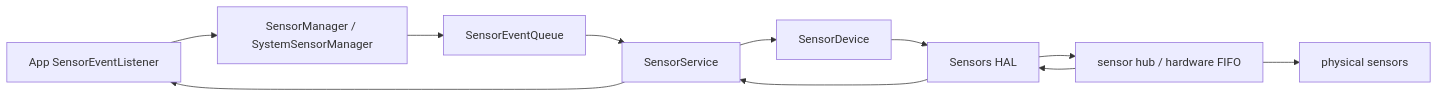
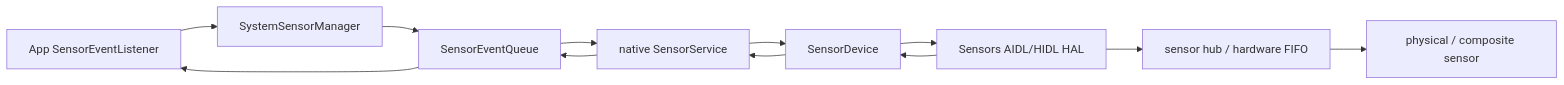
Before and after one commit to Gracker/android-internals-wiki: the diagram in src/part1-fundamentals/ch05-cpu-power/15-sensorservice-batching-power.md, drawn with Mermaid. The commit also changed other lines of this file, not shown here.

Commit message:
docs(cpu): align sensor batching with Android 17

````diff
--- a/src/part1-fundamentals/ch05-cpu-power/15-sensorservice-batching-power.md
+++ b/src/part1-fundamentals/ch05-cpu-power/15-sensorservice-batching-power.md
@@ -119,13 +127,14 @@
 ```mermaid
 flowchart LR
-    App[App SensorEventListener] --> SM[SensorManager / SystemSensorManager]
-    SM --> Q[SensorEventQueue]
-    Q --> SS[SensorService]
-    SS --> SD[SensorDevice]
-    SD --> HAL[Sensors HAL]
-    HAL --> Hub[sensor hub / hardware FIFO]
-    Hub --> MEMS[physical sensors]
-    Hub --> HAL
-    HAL --> SS
-    SS --> App
+    App["App SensorEventListener"] --> SSM["SystemSensorManager"]
+    SSM --> EQ["SensorEventQueue"]
+    EQ --> SS["native SensorService"]
+    SS --> SD["SensorDevice"]
+    SD --> HAL["Sensors AIDL/HIDL HAL"]
+    HAL --> Hub["sensor hub / hardware FIFO"]
+    Hub --> HW["physical / composite sensor"]
+    HAL --> SD
+    SD --> SS
+    SS --> EQ
+    EQ --> App
 ```
````
